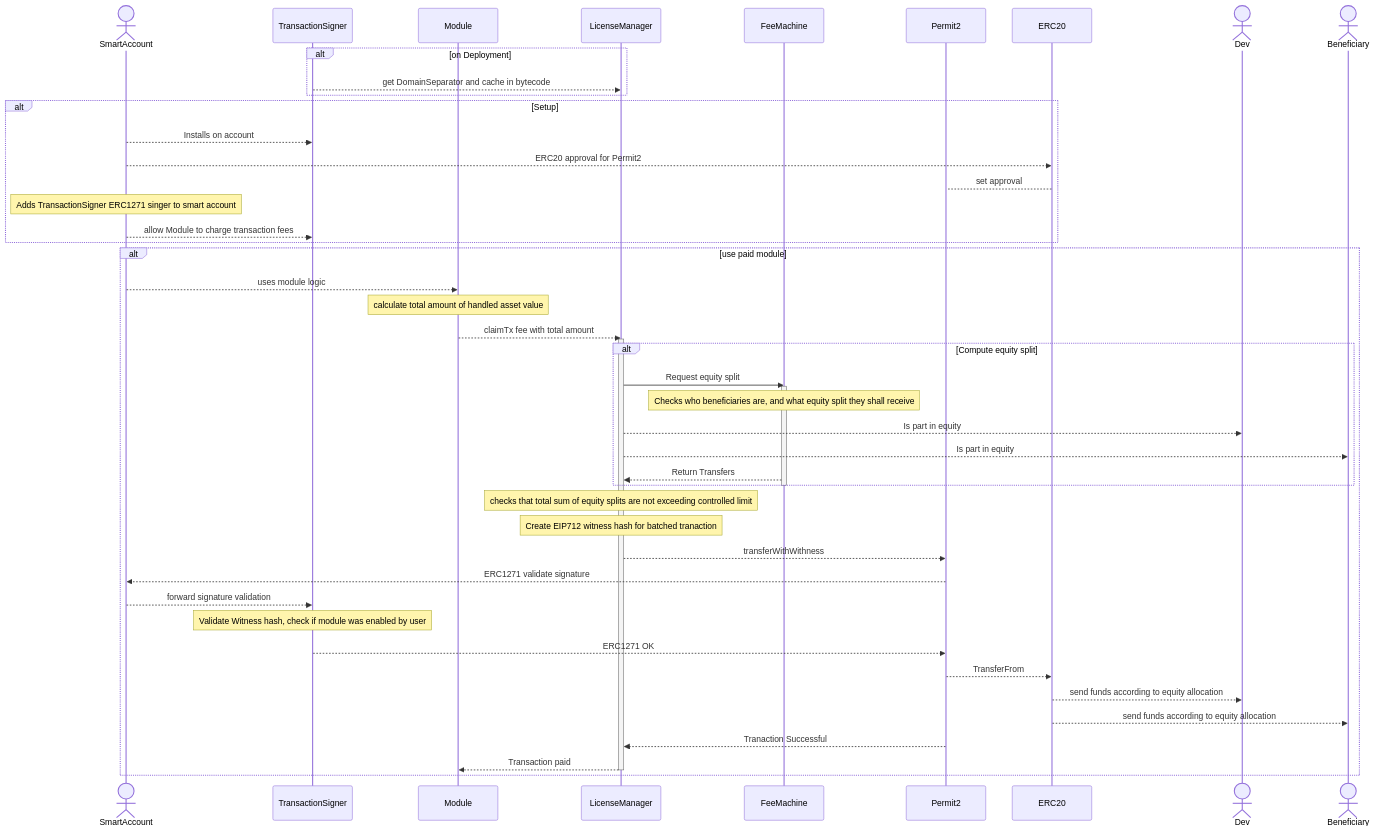
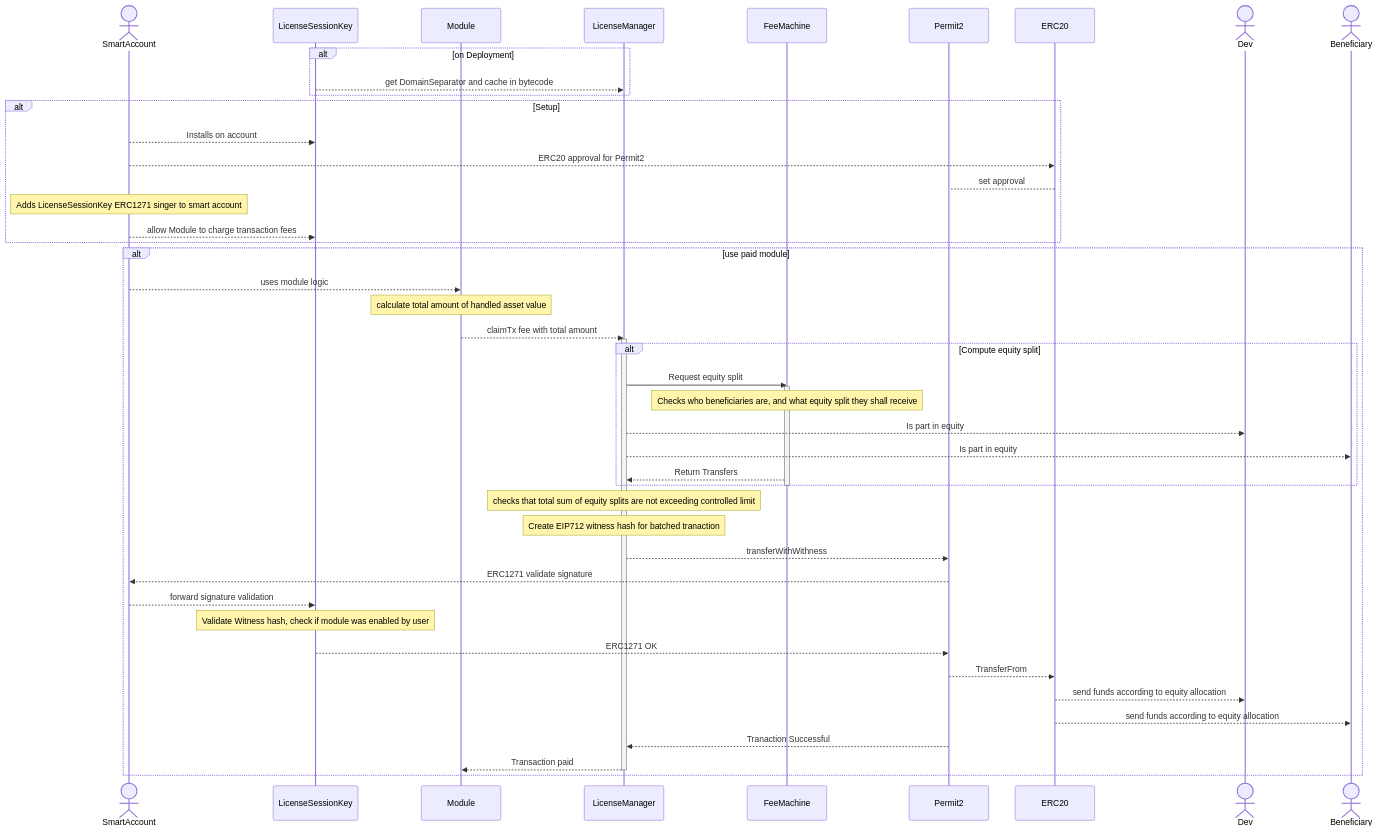
One commit to rhinestonewtf/modulekit changed the first of 2 diagrams in packages/TokenLicense/README.md. Above: the diagram before and after it, drawn with Mermaid. The commit also changed other lines of this file and 5 other files, not shown here.

````diff
--- a/packages/TokenLicense/README.md
+++ b/packages/TokenLicense/README.md
@@ -5,57 +17,57 @@
 ```mermaid
 
 sequenceDiagram
 actor SmartAccount
-participant TransactionSigner
+participant LicenseSessionKey
 participant Module
 participant LicenseManager
 participant FeeMachine
 participant Permit2
 participant ERC20
 actor Dev
 actor Beneficiary
 
 alt on Deployment
-TransactionSigner-->>LicenseManager: get DomainSeparator and cache in bytecode
+LicenseSessionKey-->>LicenseManager: get DomainSeparator and cache in bytecode
 end
 
 alt Setup
 
-SmartAccount-->>TransactionSigner: Installs on account
+SmartAccount-->>LicenseSessionKey: Installs on account
 SmartAccount -->> ERC20: ERC20 approval for Permit2
 ERC20 --> Permit2: set approval
-Note over SmartAccount: Adds TransactionSigner ERC1271 singer to smart account
-SmartAccount-->>TransactionSigner: allow Module to charge transaction fees
+Note over SmartAccount: Adds LicenseSessionKey ERC1271 singer to smart account
+SmartAccount-->>LicenseSessionKey: allow Module to charge transaction fees
 end
 
 alt use paid module
 SmartAccount-->>Module: uses module logic
 Note over Module: calculate total amount of handled asset value
 Module -->> LicenseManager: claimTx fee with total amount
 activate LicenseManager
 
 alt Compute equity split
     LicenseManager->>FeeMachine: Request equity split
     activate FeeMachine
     Note over FeeMachine: Checks who beneficiaries are, and what equity split they shall receive
 
     LicenseManager -->> Dev: Is part in equity
     LicenseManager -->> Beneficiary: Is part in equity
     FeeMachine-->>LicenseManager: Return Transfers
 end
 deactivate FeeMachine
 Note over LicenseManager: checks that total sum of equity splits are not exceeding controlled limit
 Note over LicenseManager:  Create EIP712 witness hash for batched tranaction
 LicenseManager -->> Permit2: transferWithWithness
 Permit2 -->> SmartAccount: ERC1271 validate signature
-SmartAccount -->> TransactionSigner: forward signature validation
-Note over TransactionSigner: Validate Witness hash, check if module was enabled by user
-TransactionSigner -->> Permit2: ERC1271 OK
+SmartAccount -->> LicenseSessionKey: forward signature validation
+Note over LicenseSessionKey: Validate Witness hash, check if module was enabled by user
+LicenseSessionKey -->> Permit2: ERC1271 OK
 Permit2 -->> ERC20: TransferFrom
 ERC20 -->> Dev: send funds according to equity allocation
 ERC20 -->> Beneficiary: send funds according to equity allocation
 Permit2 -->> LicenseManager: Tranaction Successful
 LicenseManager -->> Module: Transaction paid
 deactivate LicenseManager
 end
 ```
````
